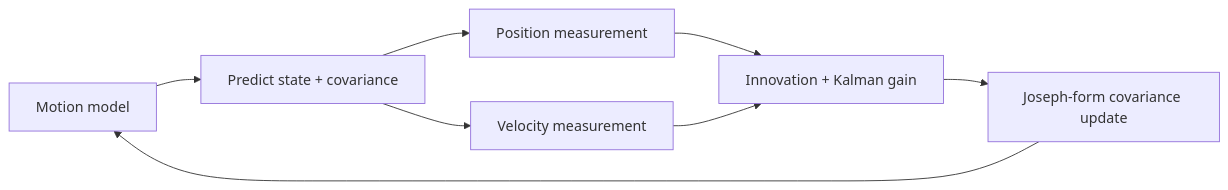
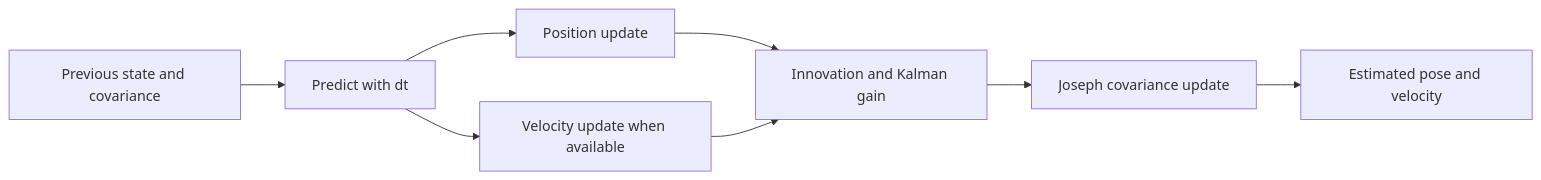
Before and after one commit to Parth-Oza/ekf-sensor-fusion-lab: the diagram in README.md, drawn with Mermaid. The commit also changed other lines of this file and 3 other files, not shown here.

````diff
--- a/README.md
+++ b/README.md
@@ -9,10 +20,10 @@
 ```mermaid
 flowchart LR
-  A[Motion model] --> B[Predict state + covariance]
-  B --> C[Position measurement]
-  B --> D[Velocity measurement]
-  C --> E[Innovation + Kalman gain]
+  A[Previous state and covariance] --> B[Predict with dt]
+  B --> C[Position update]
+  B --> D[Velocity update when available]
+  C --> E[Innovation and Kalman gain]
   D --> E
-  E --> F[Joseph-form covariance update]
-  F --> A
+  E --> F[Joseph covariance update]
+  F --> G[Estimated pose and velocity]
 ```
````
